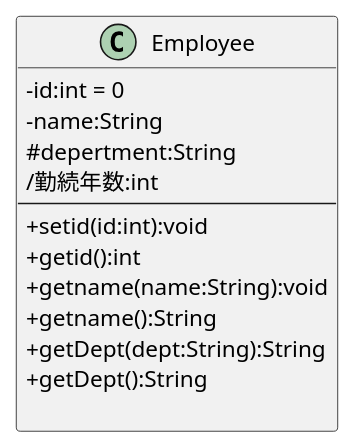
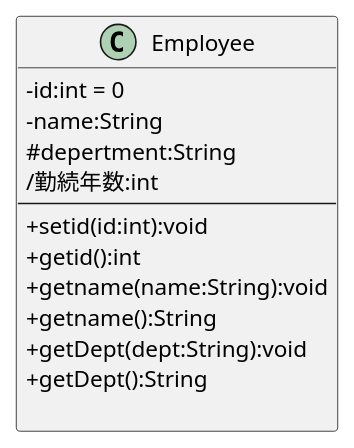
Before and after one commit to itouayumu/uml-introduction-: the diagram in 図ー３クラスの種類.pu, drawn with PlantUML.

Commit message:
演習

```diff
--- a/図ー３クラスの種類.pu
+++ b/図ー３クラスの種類.pu
@@ -1,36 +1,36 @@
 @startuml ユースケース図
 skinparam classAttributeIconSize 0
 ' class A<<ステレオタイプ>>{}
 ' class B{
 '     - 属性1:int
 '     - 属性2:string
 ' }
 ' class C{
 '     ---
 '     + 操作１():void
 '     + 操作２():String
 ' }
 ' class D{
 '     - 属性1:int
 '     - 属性2:string
 '     ---
 '     + 操作１():void
 '     + 操作２():String
 ' }
 
 class Employee {
     -id:int = 0
     -name:String
     #depertment:String
     /勤続年数:int
     ---
     +setid(id:int):void
     +getid():int
     +getname(name:String):void
     +getname():String
-    +getDept(dept:String):String
+    +getDept(dept:String):void
     +getDept():String
 
 }
 
 @enduml
```
